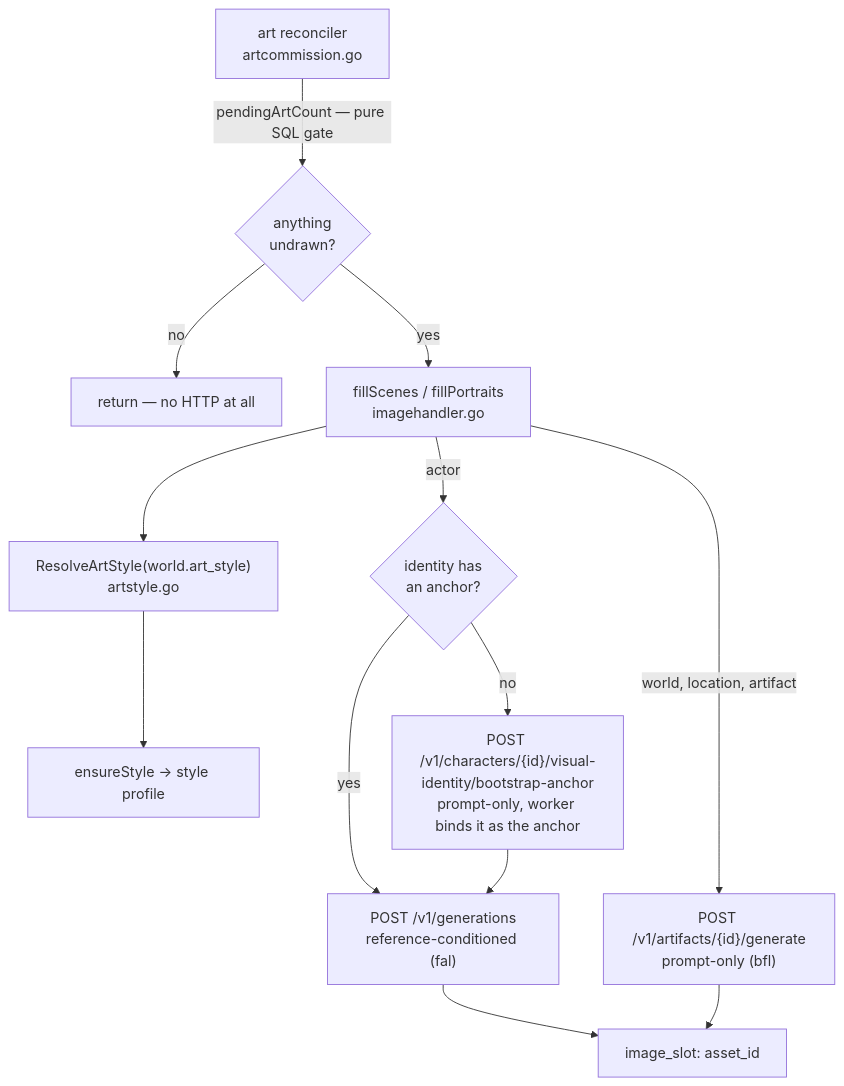
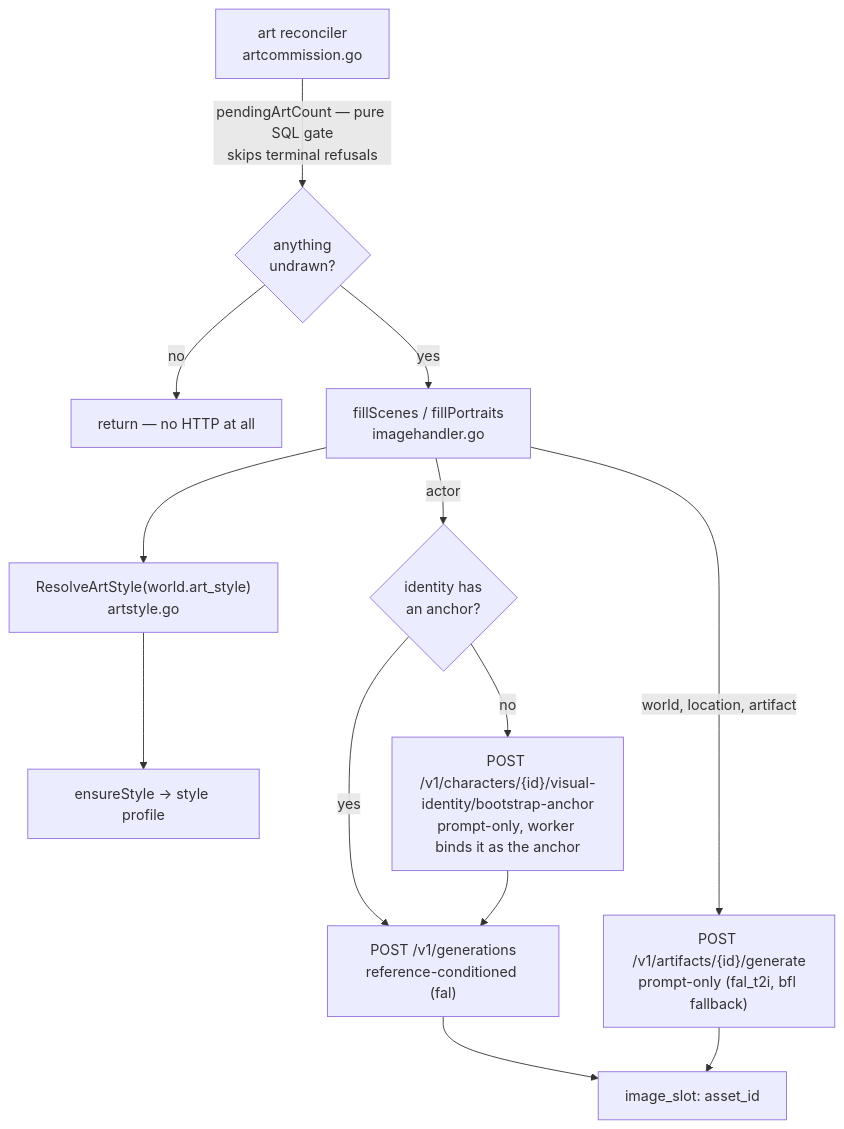
Before and after one commit to zakkriel/dreamchat-world-backend: the third of 4 diagrams in docs/maps/system_map.md, drawn with Mermaid. The commit also changed other lines of this file, not shown here.

First line of the commit message:
Amend the system map: scenes are fal-first, and terminal refusals leave the pending set.

````diff
--- a/docs/maps/system_map.md
+++ b/docs/maps/system_map.md
@@ -82,15 +82,15 @@
 ```mermaid
 graph TD
-  R["art reconciler<br/>artcommission.go"] -->|"pendingArtCount — pure SQL gate"| Q{"anything<br/>undrawn?"}
+  R["art reconciler<br/>artcommission.go"] -->|"pendingArtCount — pure SQL gate<br/>skips terminal refusals"| Q{"anything<br/>undrawn?"}
   Q -->|no| STOP["return — no HTTP at all"]
   Q -->|yes| F["fillScenes / fillPortraits<br/>imagehandler.go"]
   F --> ST["ResolveArtStyle(world.art_style)<br/>artstyle.go"]
   ST --> ES["ensureStyle → style profile"]
-  F -->|"world, location, artifact"| SC["POST /v1/artifacts/{id}/generate<br/>prompt-only (bfl)"]
+  F -->|"world, location, artifact"| SC["POST /v1/artifacts/{id}/generate<br/>prompt-only (fal_t2i, bfl fallback)"]
   F -->|"actor"| AN{"identity has<br/>an anchor?"}
   AN -->|no| BS["POST /v1/characters/{id}/visual-identity/bootstrap-anchor<br/>prompt-only, worker binds it as the anchor"]
   AN -->|yes| GEN["POST /v1/generations<br/>reference-conditioned (fal)"]
   BS --> GEN
   GEN --> SLOT["image_slot: asset_id"]
   SC --> SLOT
 ```
````
